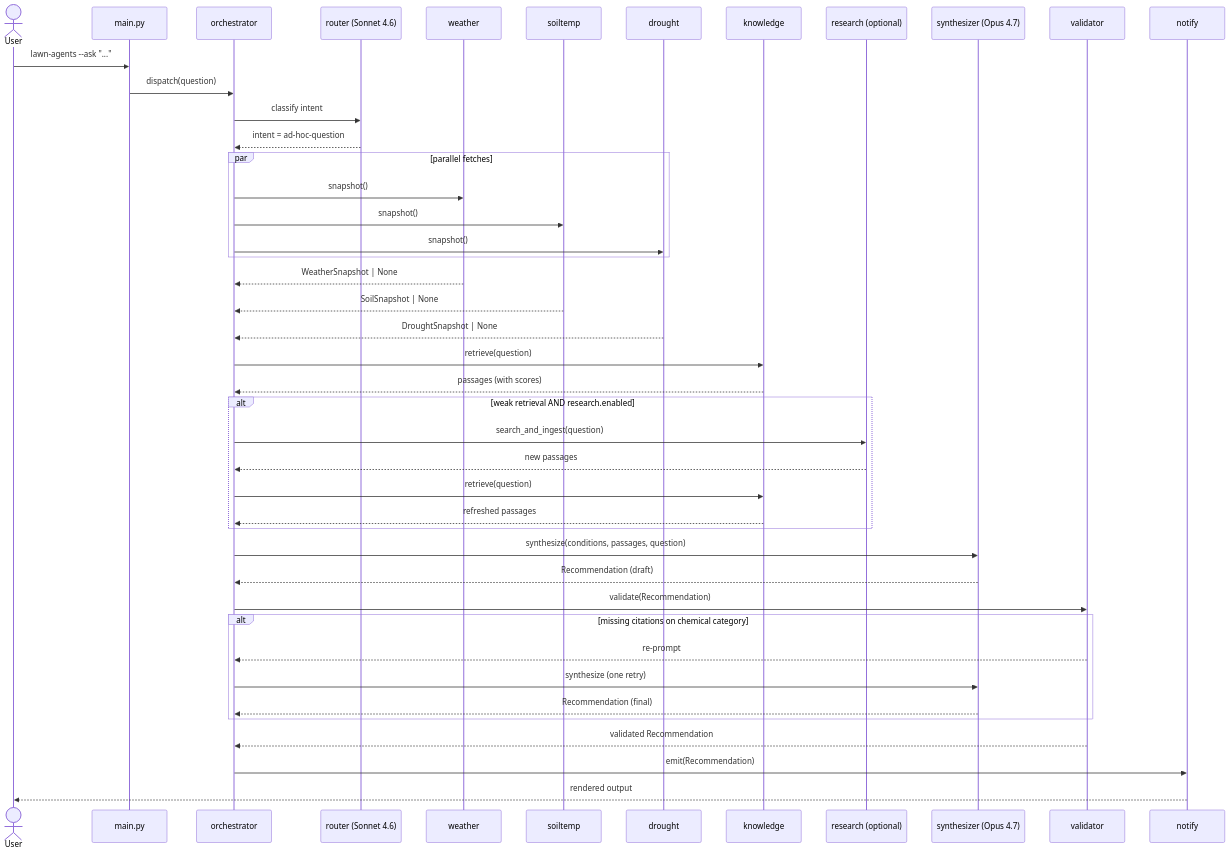
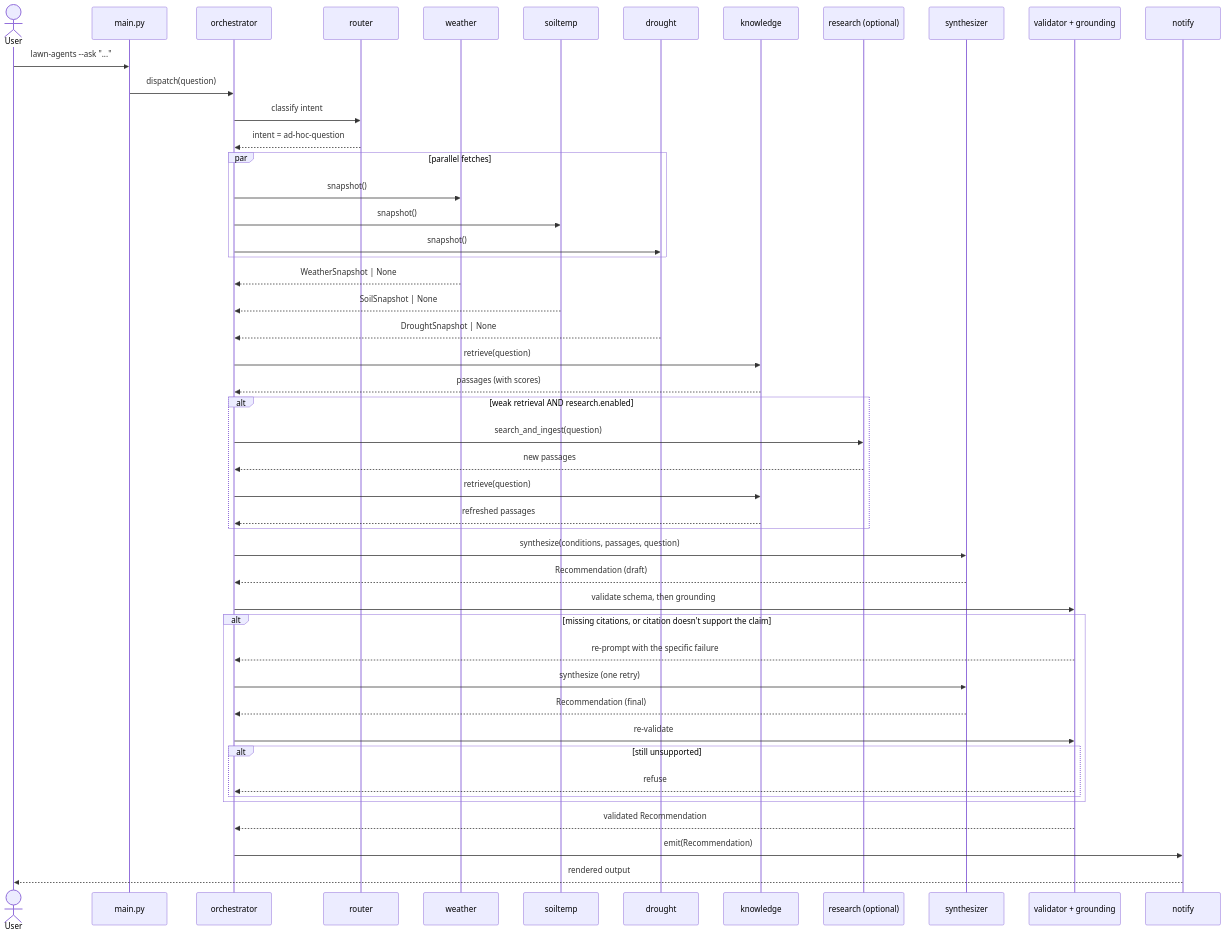
The diagram in docs/architecture.md (mattlawck/lawn-agents), drawn with Mermaid before and after one commit. The commit also changed other lines of this file and 18 other files, not shown here.

````diff
--- a/docs/architecture.md
+++ b/docs/architecture.md
@@ -31,47 +38,51 @@
 ```mermaid
 sequenceDiagram
     actor U as User
     participant M as main.py
     participant O as orchestrator
-    participant R as router (Sonnet 4.6)
+    participant R as router
     participant W as weather
     participant S as soiltemp
     participant D as drought
     participant K as knowledge
     participant RS as research (optional)
-    participant Y as synthesizer (Opus 4.7)
-    participant V as validator
+    participant Y as synthesizer
+    participant V as validator + grounding
     participant N as notify
 
     U->>M: lawn-agents --ask "..."
     M->>O: dispatch(question)
     O->>R: classify intent
     R-->>O: intent = ad-hoc-question
     par parallel fetches
         O->>W: snapshot()
         O->>S: snapshot()
         O->>D: snapshot()
     end
     W-->>O: WeatherSnapshot | None
     S-->>O: SoilSnapshot | None
     D-->>O: DroughtSnapshot | None
     O->>K: retrieve(question)
     K-->>O: passages (with scores)
     alt weak retrieval AND research.enabled
         O->>RS: search_and_ingest(question)
         RS-->>O: new passages
         O->>K: retrieve(question)
         K-->>O: refreshed passages
     end
     O->>Y: synthesize(conditions, passages, question)
     Y-->>O: Recommendation (draft)
-    O->>V: validate(Recommendation)
-    alt missing citations on chemical category
-        V-->>O: re-prompt
+    O->>V: validate schema, then grounding
+    alt missing citations, or citation doesn't support the claim
+        V-->>O: re-prompt with the specific failure
         O->>Y: synthesize (one retry)
         Y-->>O: Recommendation (final)
+        O->>V: re-validate
+        alt still unsupported
+            V-->>O: refuse
+        end
     end
     V-->>O: validated Recommendation
     O->>N: emit(Recommendation)
     N-->>U: rendered output
 ```
````
